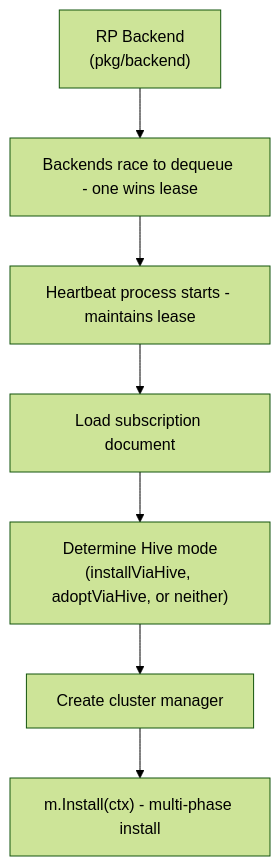
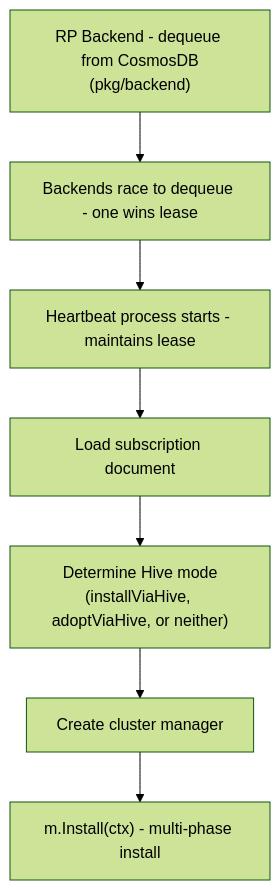
One commit to Azure/ARO-RP changed the fifth of 9 diagrams in docs/cluster-creation.md. Above: the diagram before and after it, drawn with Mermaid (forest theme). The commit also changed other lines of this file and 2 other files, not shown here.

Commit message:
docs: update cluster creation diagrams

````diff
--- a/docs/cluster-creation.md
+++ b/docs/cluster-creation.md
@@ -120,9 +122,9 @@
 ```mermaid
 flowchart TD
-    BE["RP Backend<br/>(pkg/backend)"] --> D1[Backends race to dequeue - one wins lease]
+    BE["RP Backend - dequeue from CosmosDB<br/>(pkg/backend)"] --> D1[Backends race to dequeue - one wins lease]
     D1 --> D2[Heartbeat process starts - maintains lease]
     D2 --> D3[Load subscription document]
     D3 --> D4["Determine Hive mode<br/>(installViaHive, adoptViaHive, or neither)"]
     D4 --> D5[Create cluster manager]
     D5 --> D6["m.Install(ctx) - multi-phase install"]
 ```
````
